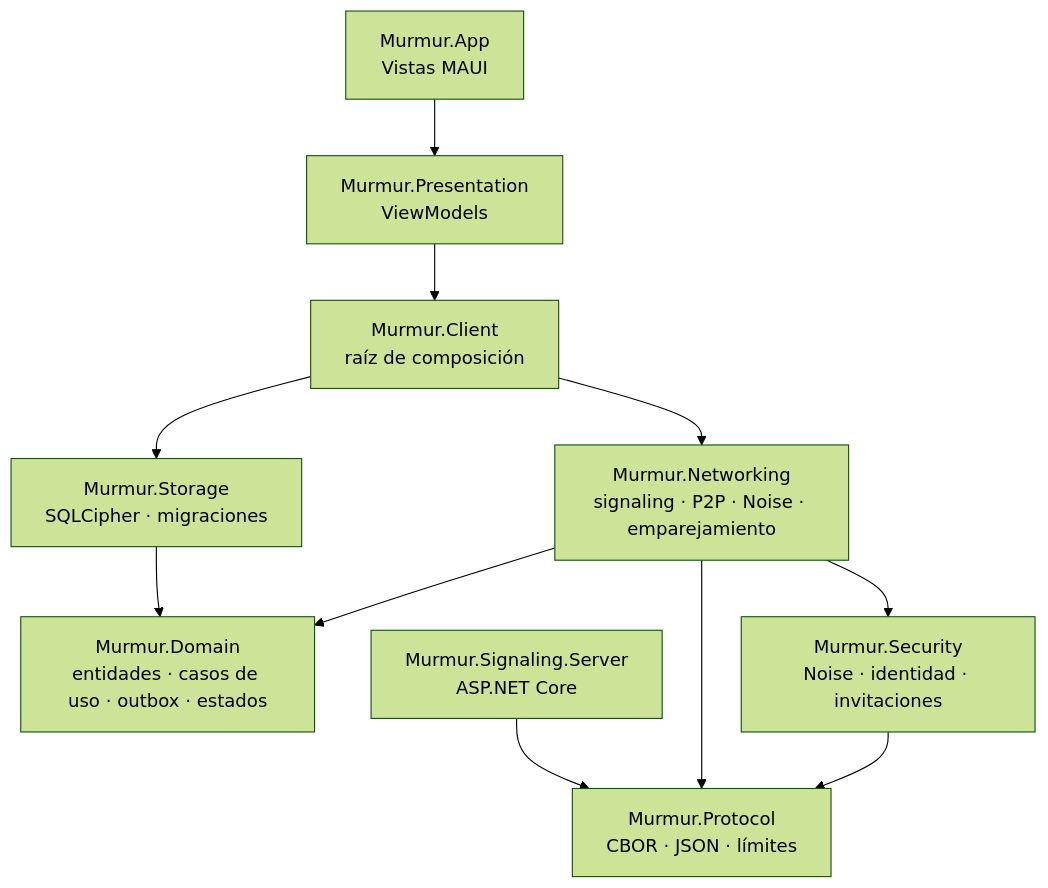
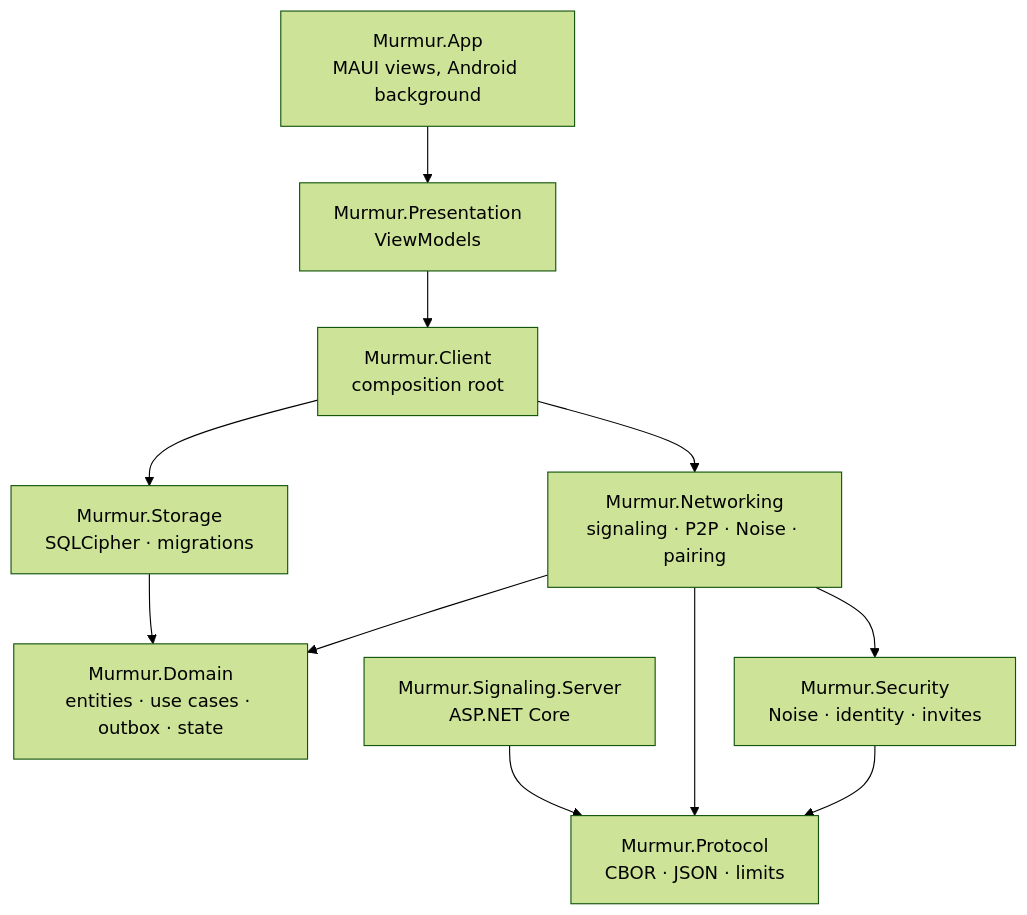
Before and after one commit to fsoftt/Murmur: the fourth of 4 diagrams in README.md, drawn with Mermaid (forest theme). The commit also changed other lines of this file and 1 other file, not shown here.

````diff
--- a/README.md
+++ b/README.md
@@ -156,13 +181,13 @@
 ```mermaid
 flowchart TB
-    App["Murmur.App<br/>Vistas MAUI"] --> Presentation["Murmur.Presentation<br/>ViewModels"]
-    Presentation --> Client["Murmur.Client<br/>raíz de composición"]
-    Client --> Networking["Murmur.Networking<br/>signaling · P2P · Noise · emparejamiento"]
-    Client --> Storage["Murmur.Storage<br/>SQLCipher · migraciones"]
-    Networking --> Domain["Murmur.Domain<br/>entidades · casos de uso · outbox · estados"]
+    App["Murmur.App<br/>MAUI views, Android background"] --> Presentation["Murmur.Presentation<br/>ViewModels"]
+    Presentation --> Client["Murmur.Client<br/>composition root"]
+    Client --> Networking["Murmur.Networking<br/>signaling · P2P · Noise · pairing"]
+    Client --> Storage["Murmur.Storage<br/>SQLCipher · migrations"]
+    Networking --> Domain["Murmur.Domain<br/>entities · use cases · outbox · state"]
     Storage --> Domain
-    Networking --> Security["Murmur.Security<br/>Noise · identidad · invitaciones"]
-    Security --> Protocol["Murmur.Protocol<br/>CBOR · JSON · límites"]
+    Networking --> Security["Murmur.Security<br/>Noise · identity · invites"]
+    Security --> Protocol["Murmur.Protocol<br/>CBOR · JSON · limits"]
     Networking --> Protocol
     Server["Murmur.Signaling.Server<br/>ASP.NET Core"] --> Protocol
 ```
````
